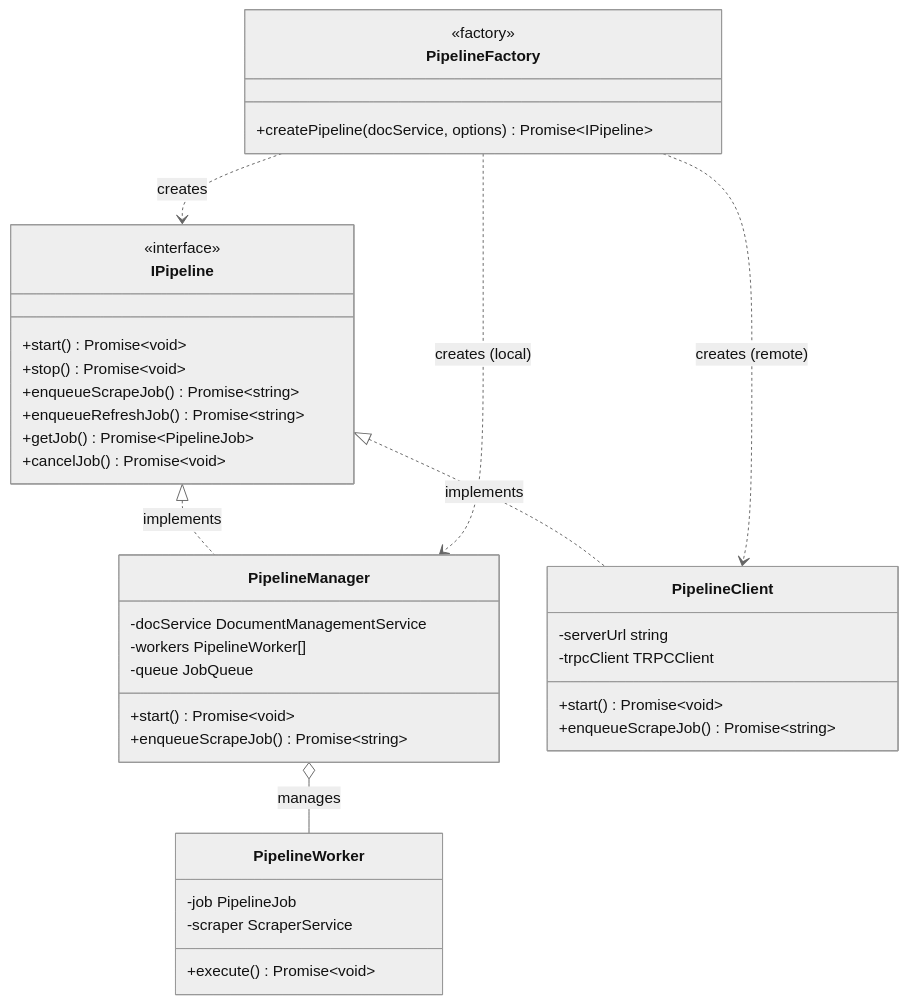
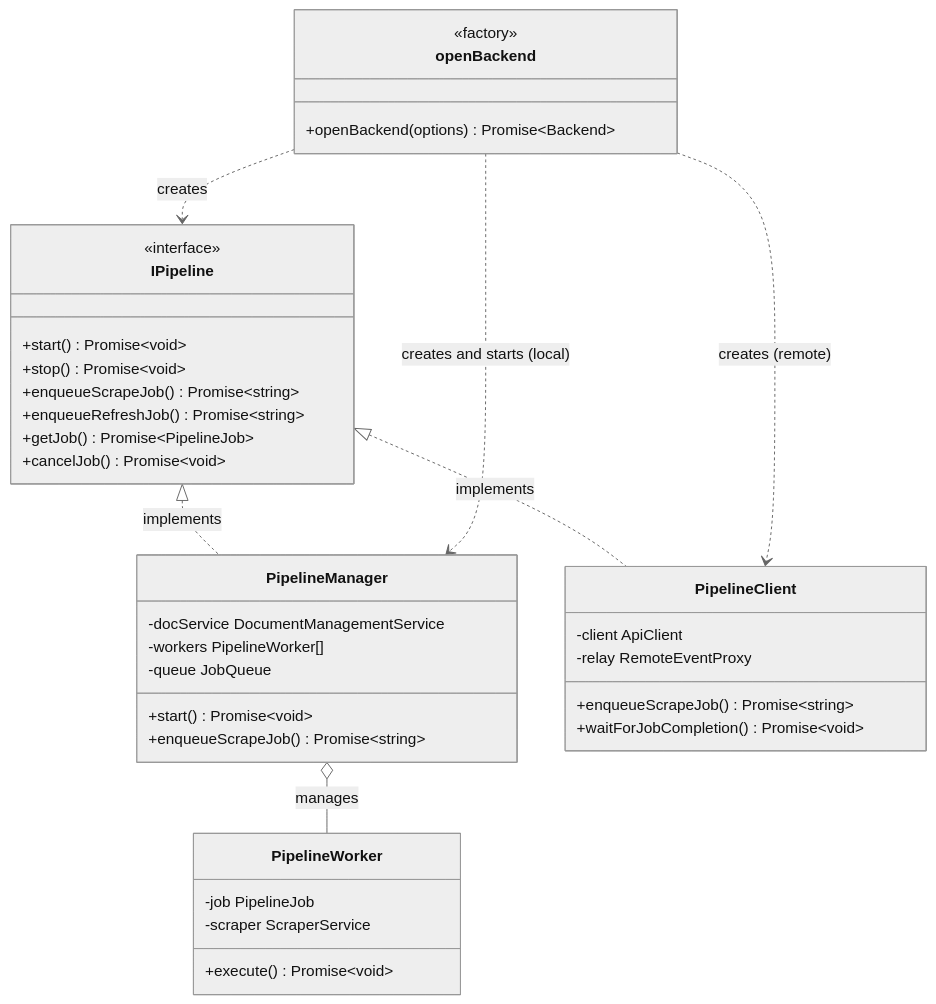
One commit to arabold/docs-mcp-server changed the diagram in docs/concepts/pipeline-architecture.md. Above: the diagram before and after it, drawn with Mermaid (neutral theme). The commit also changed other lines of this file and 86 other files, not shown here.

````diff
--- a/docs/concepts/pipeline-architecture.md
+++ b/docs/concepts/pipeline-architecture.md
@@ -11,45 +11,45 @@
 ```mermaid
 classDiagram
     class IPipeline {
         <<interface>>
         +start() Promise~void~
         +stop() Promise~void~
         +enqueueScrapeJob() Promise~string~
         +enqueueRefreshJob() Promise~string~
         +getJob() Promise~PipelineJob~
         +cancelJob() Promise~void~
     }
     
-    class PipelineFactory {
+    class openBackend {
         <<factory>>
-        +createPipeline(docService, options) Promise~IPipeline~
+        +openBackend(options) Promise~Backend~
     }
     
     class PipelineManager {
         -docService DocumentManagementService
         -workers PipelineWorker[]
         -queue JobQueue
         +start() Promise~void~
         +enqueueScrapeJob() Promise~string~
     }
     
     class PipelineClient {
-        -serverUrl string
-        -trpcClient TRPCClient
-        +start() Promise~void~
+        -client ApiClient
+        -relay RemoteEventProxy
         +enqueueScrapeJob() Promise~string~
+        +waitForJobCompletion() Promise~void~
     }
     
     class PipelineWorker {
         -job PipelineJob
         -scraper ScraperService
         +execute() Promise~void~
     }
     
     IPipeline <|.. PipelineManager : implements
     IPipeline <|.. PipelineClient : implements
-    PipelineFactory ..> IPipeline : creates
-    PipelineFactory ..> PipelineManager : creates (local)
-    PipelineFactory ..> PipelineClient : creates (remote)
+    openBackend ..> IPipeline : creates
+    openBackend ..> PipelineManager : creates and starts (local)
+    openBackend ..> PipelineClient : creates (remote)
     PipelineManager o-- PipelineWorker : manages
 ```
````
